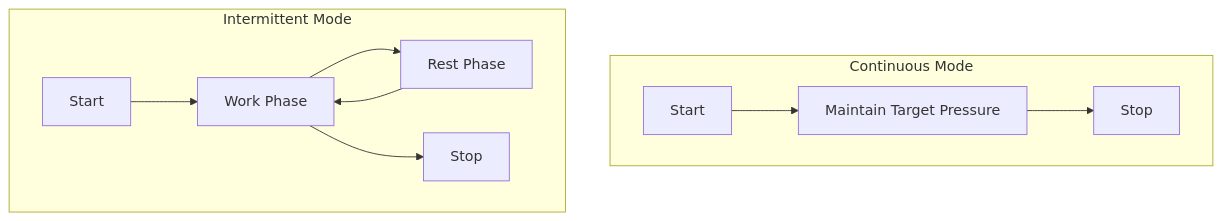
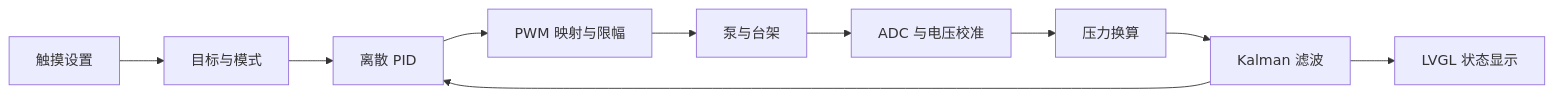
One commit to Owen1B/PressureCare changed the diagram in README.md. Above: the diagram before and after it, drawn with Mermaid. The commit also changed other lines of this file and 5 other files, not shown here.

````diff
--- a/README.md
+++ b/README.md
@@ -115,13 +47,12 @@
 ```mermaid
-graph TB
-    subgraph "Continuous Mode"
-        A1[Start] --> A2[Maintain Target Pressure] --> A3[Stop]
-    end
-    
-    subgraph "Intermittent Mode"
-        B1[Start] --> B2[Work Phase]
-        B2 --> B3[Rest Phase]
-        B3 --> B2
-        B2 --> B4[Stop]
-    end
+flowchart LR
+    UI[触摸设置] --> SP[目标与模式]
+    ADC[ADC 与电压校准] --> P[压力换算]
+    P --> KF[Kalman 滤波]
+    KF --> PID[离散 PID]
+    SP --> PID
+    PID --> PWM[PWM 映射与限幅]
+    PWM --> Plant[泵与台架]
+    Plant --> ADC
+    KF --> Display[LVGL 状态显示]
 ```
````
